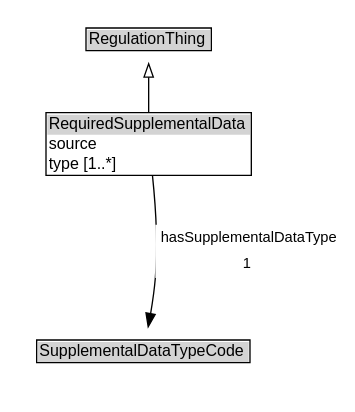
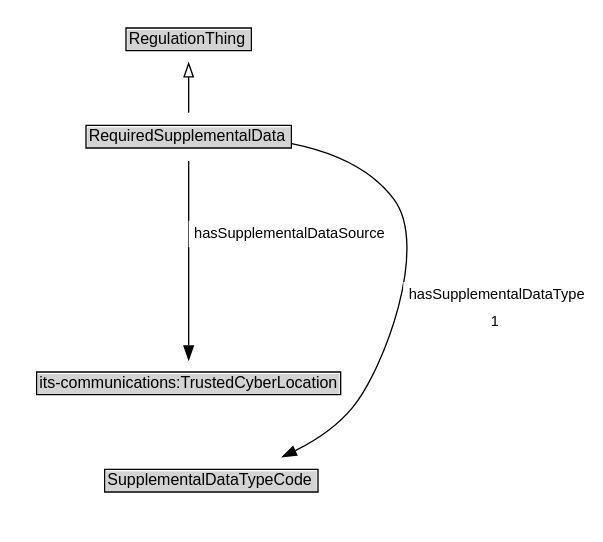
Before and after one commit to k-vaughn/ontology-its-regulation: the diagram in docs/diagrams/RequiredSupplementalData.dot, drawn with Graphviz. The commit also changed 156 other files, not shown here.

```diff
--- a/docs/diagrams/RequiredSupplementalData.dot
+++ b/docs/diagrams/RequiredSupplementalData.dot
@@ -1,24 +1,28 @@
 // Diagram for RequiredSupplementalData
 digraph {
 	graph [overlap=false rankdir=TB splines=true]
 	node [fontname=Arial fontsize=12 margin=0 shape=none]
 	edge [fontname=Arial fontsize=11]
 	{
 		rank=source
 		RegulationThing [label=<<TABLE BORDER="1" CELLBORDER="0" CELLSPACING="0" CELLPADDING="1"><TR><TD BGCOLOR="lightgray" ALIGN="CENTER">RegulationThing</TD></TR></TABLE>> URL="../RegulationThing" margin=0]
 	}
-	RequiredSupplementalData [label=<<TABLE BORDER="1" CELLBORDER="0" CELLSPACING="0" CELLPADDING="1"><TR><TD BGCOLOR="lightgray" ALIGN="CENTER">RequiredSupplementalData</TD></TR><TR><TD ALIGN="LEFT">source</TD></TR><TR><TD ALIGN="LEFT">type [1..*]</TD></TR></TABLE>> URL="../RequiredSupplementalData" margin=0]
+	RequiredSupplementalData [label=<<TABLE BORDER="1" CELLBORDER="0" CELLSPACING="0" CELLPADDING="1"><TR><TD BGCOLOR="lightgray" ALIGN="CENTER">RequiredSupplementalData</TD></TR></TABLE>> URL="../RequiredSupplementalData" margin=0]
 	{
 		rank=max
 	}
 	subgraph cluster_associated {
 		label="" style=invis
 		Invis [label=<<TABLE BORDER="0" CELLBORDER="0" CELLSPACING="0" CELLPADDING="1"><TR><TD></TD></TR></TABLE>> margin=0 style=invis]
+		"its-communications_TrustedCyberLocation" [label=<<TABLE BORDER="1" CELLBORDER="0" CELLSPACING="0" CELLPADDING="1"><TR><TD BGCOLOR="lightgray" ALIGN="CENTER">its-communications:TrustedCyberLocation</TD></TR></TABLE>> URL="https://w3id.org/itsdata/communications/v1/TrustedCyberLocation" margin=0]
 		SupplementalDataTypeCode [label=<<TABLE BORDER="1" CELLBORDER="0" CELLSPACING="0" CELLPADDING="1"><TR><TD BGCOLOR="lightgray" ALIGN="CENTER">SupplementalDataTypeCode</TD></TR></TABLE>> URL="../SupplementalDataTypeCode" margin=0]
 	}
 	RequiredSupplementalData -> RegulationThing [arrowhead=onormal style=solid]
 	RequiredSupplementalData -> Invis [style=invis]
-	Invis -> SupplementalDataTypeCode [style=invis]
+	Invis -> "its-communications_TrustedCyberLocation" [style=invis]
+	"its-communications_TrustedCyberLocation" -> SupplementalDataTypeCode [style=invis]
 	SupplementalDataTypeCode [label=<<TABLE BORDER="1" CELLBORDER="0" CELLSPACING="0" CELLPADDING="1"><TR><TD BGCOLOR="lightgray" ALIGN="CENTER">SupplementalDataTypeCode</TD></TR></TABLE>> URL="../SupplementalDataTypeCode" margin=0]
 	RequiredSupplementalData -> SupplementalDataTypeCode [label=<<TABLE BORDER="0" CELLBORDER="0" CELLSPACING="0" CELLPADDING="4" BGCOLOR="white"><TR><TD ALIGN="CENTER">hasSupplementalDataType</TD></TR><TR><TD ALIGN="CENTER">1</TD></TR></TABLE>> arrowhead=normal style=solid]
+	"its-communications_TrustedCyberLocation" [label=<<TABLE BORDER="1" CELLBORDER="0" CELLSPACING="0" CELLPADDING="1"><TR><TD BGCOLOR="lightgray" ALIGN="CENTER">its-communications:TrustedCyberLocation</TD></TR></TABLE>> URL="https://w3id.org/itsdata/communications/v1/TrustedCyberLocation" margin=0]
+	RequiredSupplementalData -> "its-communications_TrustedCyberLocation" [label=<<TABLE BORDER="0" CELLBORDER="0" CELLSPACING="0" CELLPADDING="4" BGCOLOR="white"><TR><TD ALIGN="CENTER">hasSupplementalDataSource</TD></TR></TABLE>> arrowhead=normal style=solid]
 }
```
